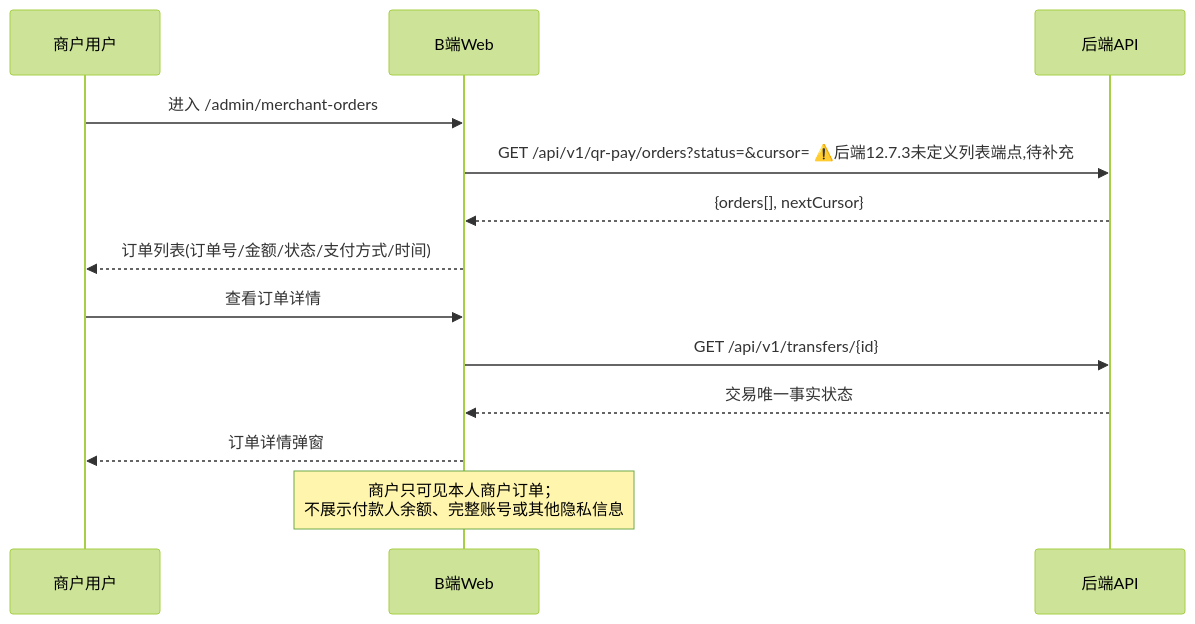
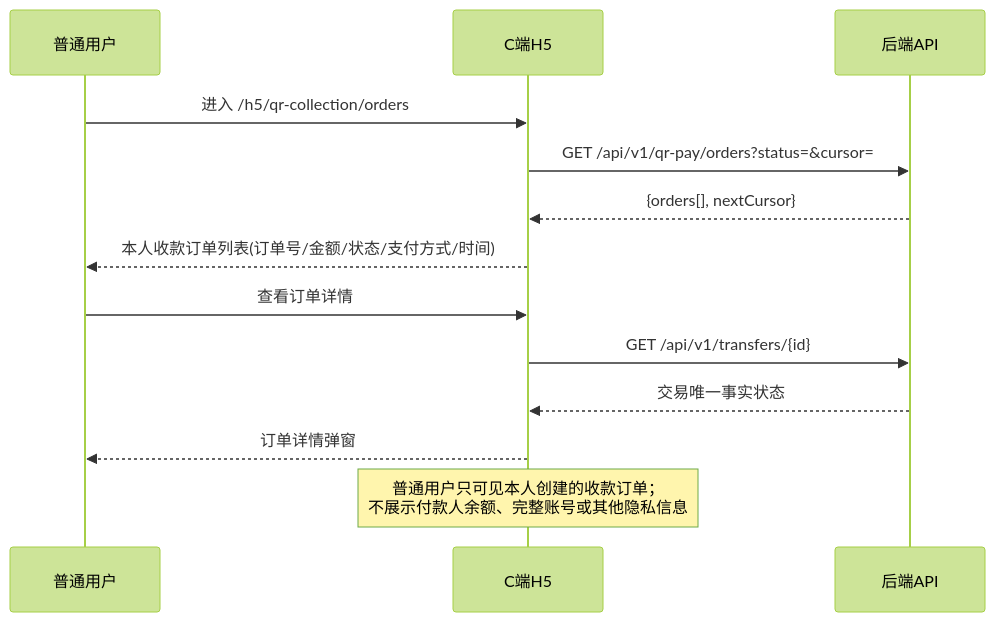
Diagram 32 of 36 in docs/minialalipay/miniaialipay -frontend-system-analysis.md (JN6565/MiniAlalipay), drawn with Mermaid (forest theme) before and after one commit. The commit also changed other lines of this file and 5 other files, not shown here.

````diff
--- a/docs/minialalipay/miniaialipay -frontend-system-analysis.md
+++ b/docs/minialalipay/miniaialipay -frontend-system-analysis.md
@@ -1965,15 +1993,15 @@
 ```mermaid
 sequenceDiagram
-    participant M as 商户用户
-    participant Web as B端Web
+    participant U as 普通用户
+    participant H5 as C端H5
     participant API as 后端API
-    M->>Web: 进入 /admin/merchant-orders
-    Web->>API: GET /api/v1/qr-pay/orders?status=&cursor= ⚠️后端12.7.3未定义列表端点,待补充
-    API-->>Web: {orders[], nextCursor}
-    Web-->>M: 订单列表(订单号/金额/状态/支付方式/时间)
-    M->>Web: 查看订单详情
-    Web->>API: GET /api/v1/transfers/{id}
-    API-->>Web: 交易唯一事实状态
-    Web-->>M: 订单详情弹窗
-    Note over Web: 商户只可见本人商户订单；<br/>不展示付款人余额、完整账号或其他隐私信息
+    U->>H5: 进入 /h5/qr-collection/orders
+    H5->>API: GET /api/v1/qr-pay/orders?status=&cursor=
+    API-->>H5: {orders[], nextCursor}
+    H5-->>U: 本人收款订单列表(订单号/金额/状态/支付方式/时间)
+    U->>H5: 查看订单详情
+    H5->>API: GET /api/v1/transfers/{id}
+    API-->>H5: 交易唯一事实状态
+    H5-->>U: 订单详情弹窗
+    Note over H5: 普通用户只可见本人创建的收款订单；<br/>不展示付款人余额、完整账号或其他隐私信息
 ```
````
